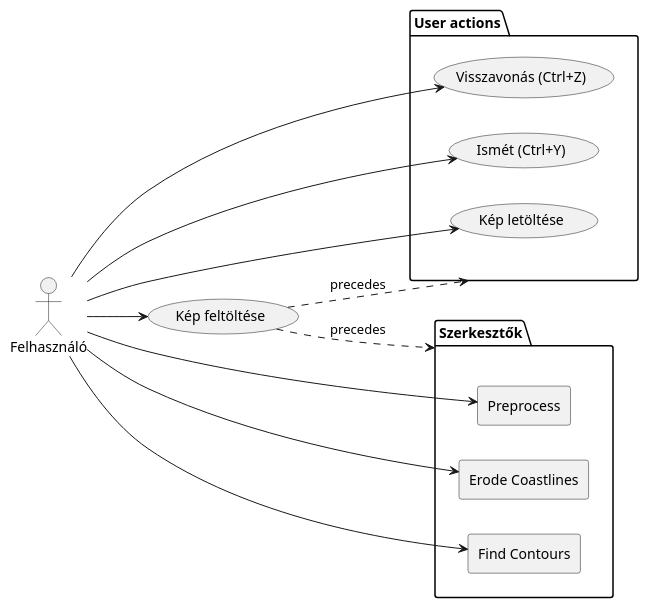
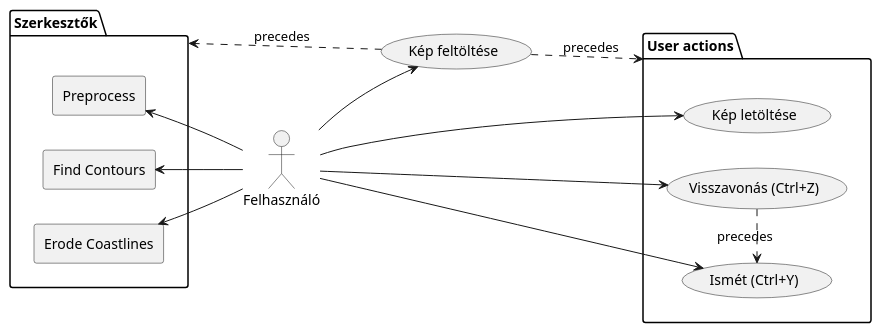
One commit to JasonBlackth/img-to-map changed the diagram in documentation/overall_diagram.md. Above: the diagram before and after it, drawn with PlantUML. The commit also changed 17 other files, not shown here.

```diff
--- a/documentation/overall_diagram.md
+++ b/documentation/overall_diagram.md
@@ -1,31 +1,32 @@
 @startuml
 
 left to right direction
 
 usecase (U) as "Kép feltöltése"
 
 package "User actions" as UA{
     usecase (UnD) as "Visszavonás (Ctrl+Z)"
     usecase (R) as "Ismét (Ctrl+Y)"
     usecase (D) as "Kép letöltése"
 }
 package "Szerkesztők" as Editors{
     rectangle P as "Preprocess"
     rectangle F as "Find Contours"
     rectangle E as "Erode Coastlines"
 } 
 
 actor :Felhasználó: as User
 
 User --> (U)
-User --> (UnD)
-User --> (R)
-User --> (D)
-User --> (P)
-User --> (F)
-User --> (E)
+User -d-> (UnD)
+User -d-> (R)
+User -d-> (D)
+User -u-> (E)
+User -u-> (F)
+User -u-> (P)
 
 U ..> Editors : precedes
 U ..> UA : precedes
+UnD .r.> R : precedes
 
 @enduml
```
